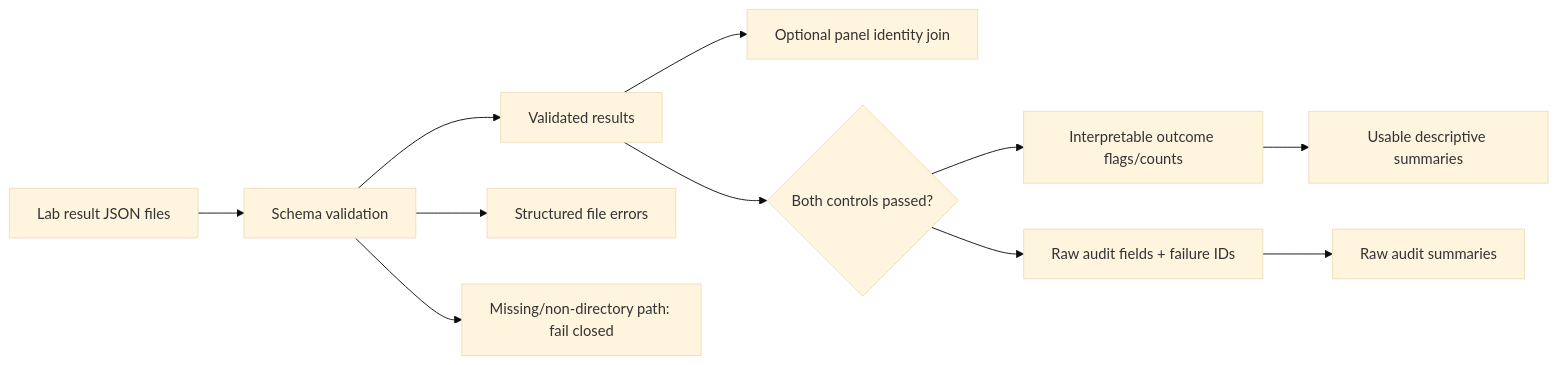
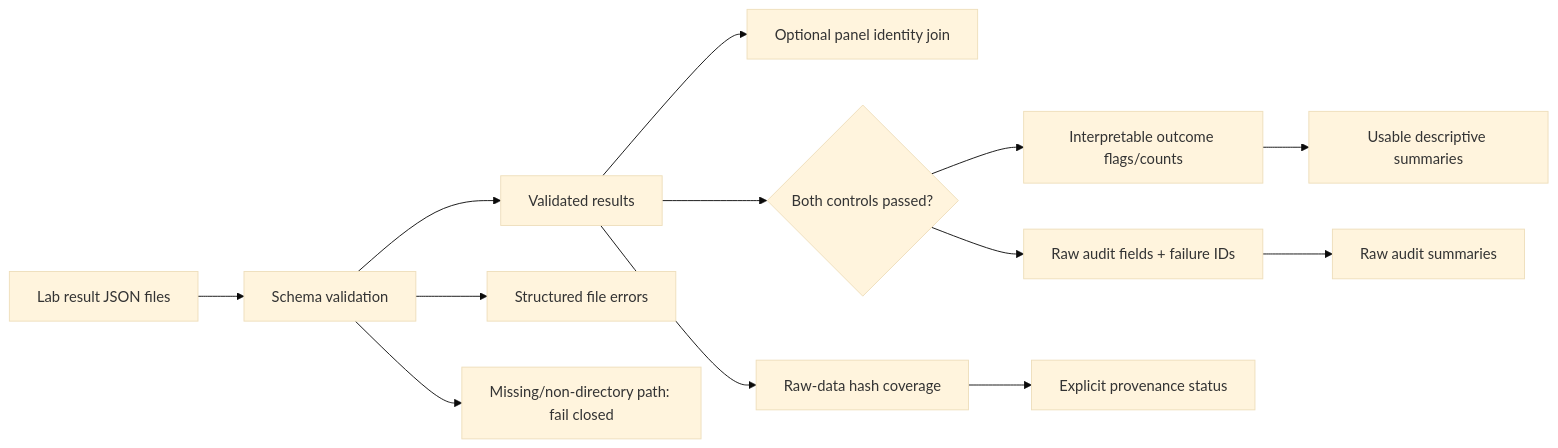
Before and after one commit to streamentry/OpenAMP-Foundry: the first of 2 diagrams in src/openamp_foundry/data/AGENTS.md, drawn with Mermaid (base theme). The commit also changed other lines of this file and 14 other files, not shown here.

First line of the commit message:
expose raw assay provenance coverage

````diff
--- a/src/openamp_foundry/data/AGENTS.md
+++ b/src/openamp_foundry/data/AGENTS.md
@@ -19,13 +21,15 @@
 ```mermaid
 flowchart LR
   Files["Lab result JSON files"] --> Validate["Schema validation"]
   Validate --> Valid["Validated results"]
   Validate --> Errors["Structured file errors"]
   Validate --> PathError["Missing/non-directory path: fail closed"]
   Valid --> Panel["Optional panel identity join"]
+  Valid --> Provenance["Raw-data hash coverage"]
   Valid --> Controls{"Both controls passed?"}
   Controls --> Usable["Interpretable outcome flags/counts"]
   Controls --> Raw["Raw audit fields + failure IDs"]
   Usable --> Summary["Usable descriptive summaries"]
   Raw --> Audit["Raw audit summaries"]
+  Provenance --> Review["Explicit provenance status"]
 ```
````
